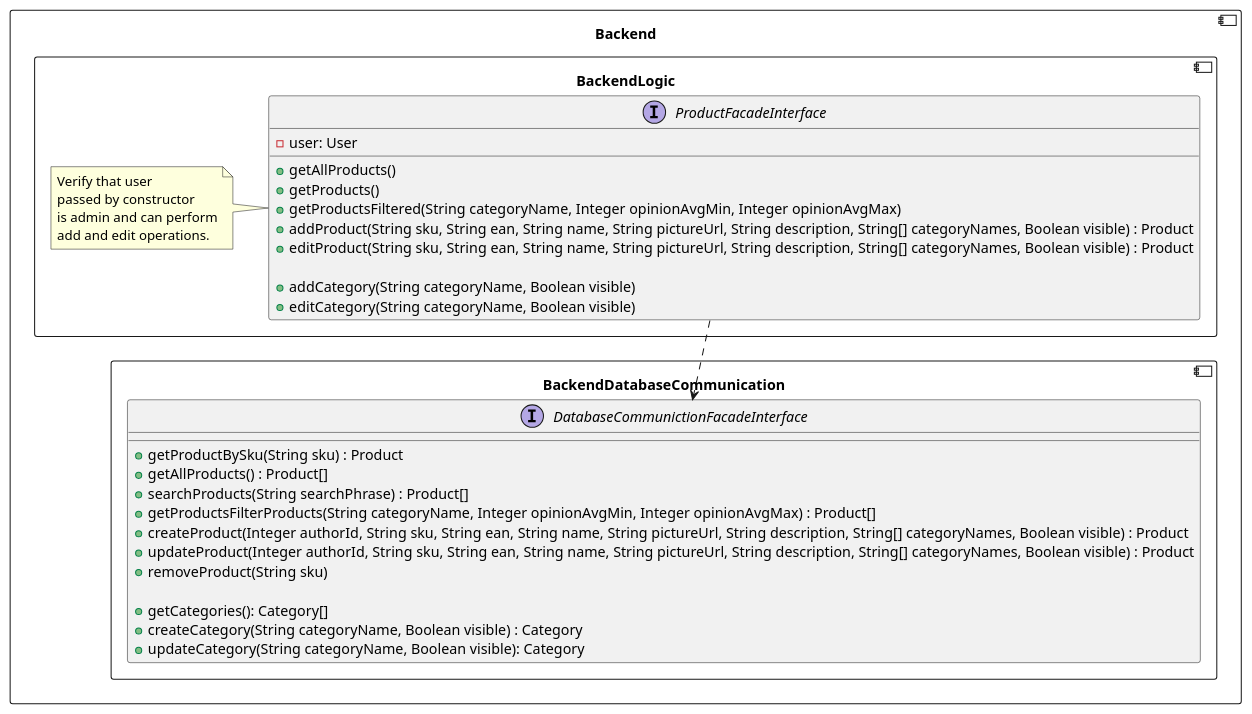
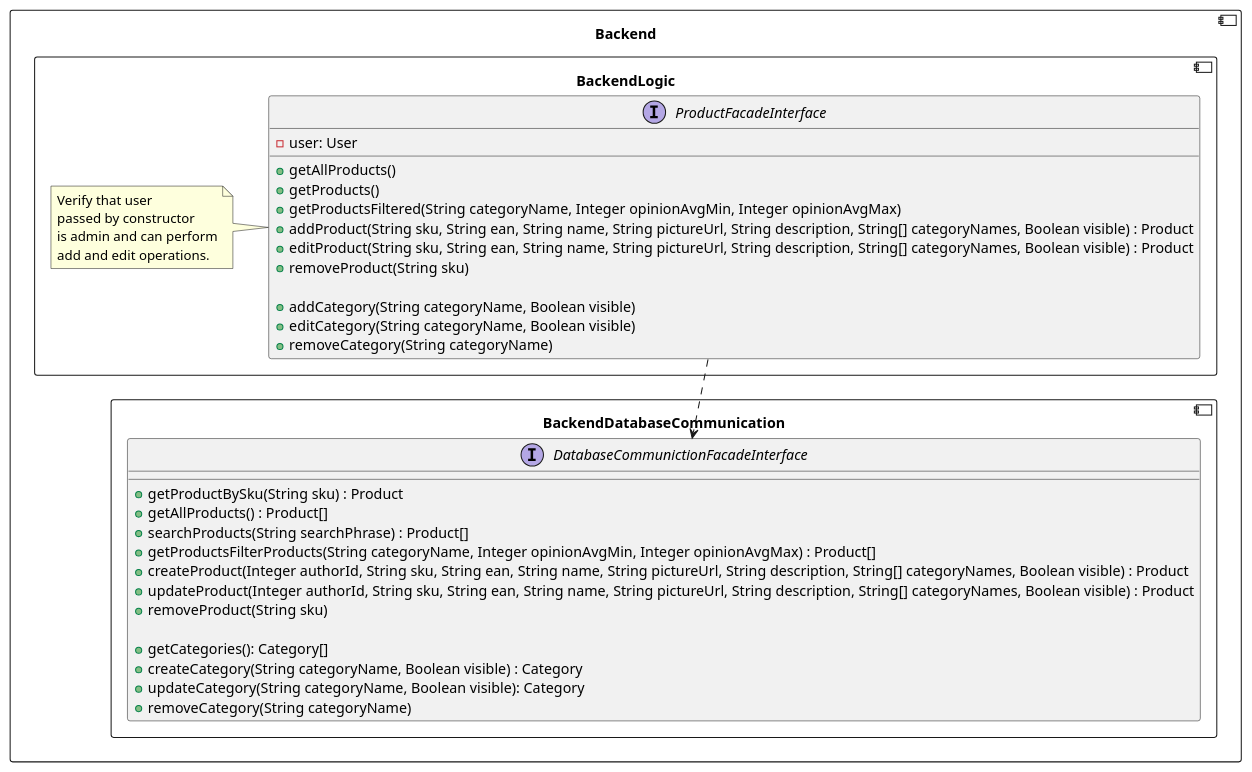
The third of 5 diagrams in backend/BackendLogic.md (RadekBucki/OpinionCollectorArchitecture), drawn with PlantUML before and after one commit. The commit also changed other lines of this file and 1 other file, not shown here.

````diff
--- a/backend/BackendLogic.md
+++ b/backend/BackendLogic.md
@@ -75,43 +77,46 @@
 ```plantuml
 @startuml
 component Backend {
     component BackendDatabaseCommunication {
         interface DatabaseCommunictionFacadeInterface {
             + getProductBySku(String sku) : Product
             + getAllProducts() : Product[]
             + searchProducts(String searchPhrase) : Product[]
             + getProductsFilterProducts(String categoryName, Integer opinionAvgMin, Integer opinionAvgMax) : Product[]
             + createProduct(Integer authorId, String sku, String ean, String name, String pictureUrl, String description, String[] categoryNames, Boolean visible) : Product
             + updateProduct(Integer authorId, String sku, String ean, String name, String pictureUrl, String description, String[] categoryNames, Boolean visible) : Product
             + removeProduct(String sku)
             
             + getCategories(): Category[]
             + createCategory(String categoryName, Boolean visible) : Category
             + updateCategory(String categoryName, Boolean visible): Category
+            + removeCategory(String categoryName)
         }
     }
     
     component BackendLogic {
         ProductFacadeInterface  ..> DatabaseCommunictionFacadeInterface
         interface ProductFacadeInterface {
             - user: User
             + getAllProducts()
             + getProducts()
             + getProductsFiltered(String categoryName, Integer opinionAvgMin, Integer opinionAvgMax)
             + addProduct(String sku, String ean, String name, String pictureUrl, String description, String[] categoryNames, Boolean visible) : Product
             + editProduct(String sku, String ean, String name, String pictureUrl, String description, String[] categoryNames, Boolean visible) : Product
+            + removeProduct(String sku)
             
             + addCategory(String categoryName, Boolean visible)
             + editCategory(String categoryName, Boolean visible)
+            + removeCategory(String categoryName)
         }
     
         note left of ProductFacadeInterface
             Verify that user
             passed by constructor
             is admin and can perform
             add and edit operations.
         endnote
     }
 }
 @enduml 
 ```
````
